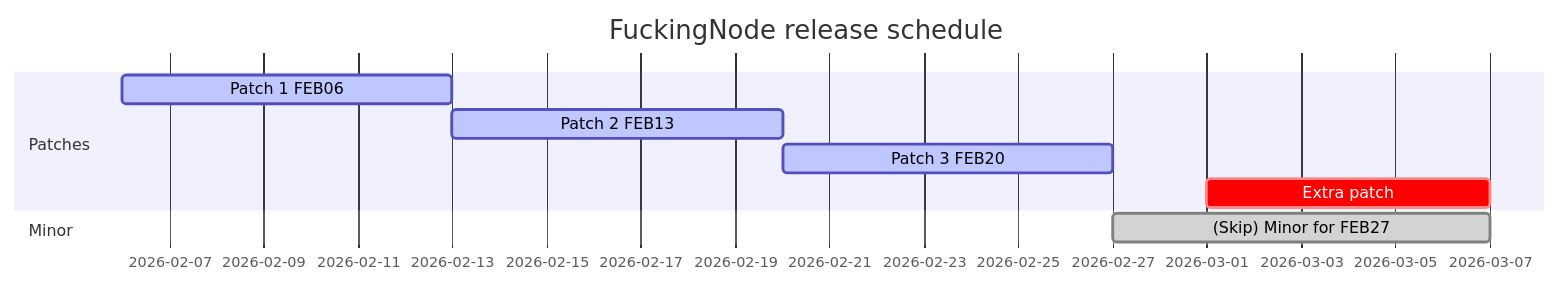
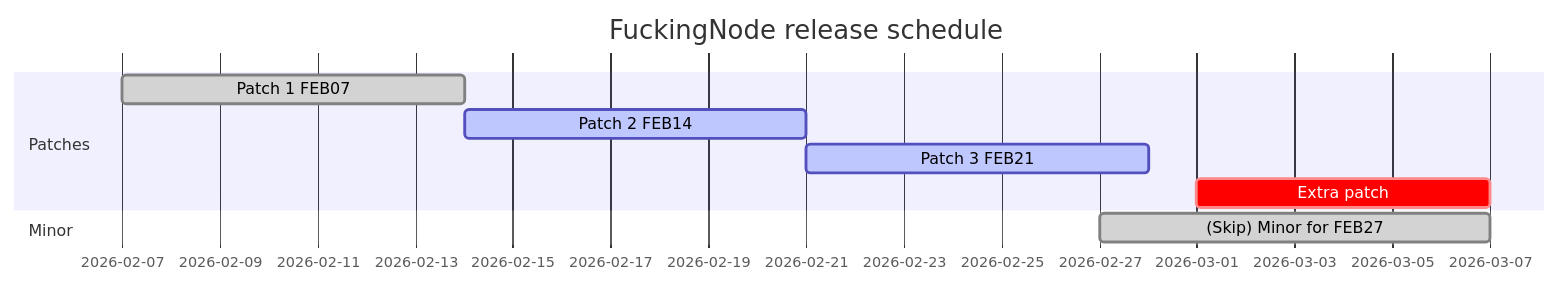
One commit to FuckingNode/FuckingNode changed the diagram in RELEASE_SCHEDULE.md. Above: the diagram before and after it, drawn with Mermaid. The commit also changed 2 other files, not shown here.

Commit message:
Release 5.2.3

````diff
--- a/RELEASE_SCHEDULE.md
+++ b/RELEASE_SCHEDULE.md
@@ -34,12 +34,12 @@
 ```mermaid
 gantt
     title FuckingNode release schedule
     dateFormat  DD-MM-YYYY
     section Patches
-    Patch 1 FEB06 :active, 06-02-2026, 7d
-    Patch 2 FEB13 :active, 13-02-2026, 7d
-    Patch 3 FEB20 :active, 20-02-2026, 7d
+    Patch 1 FEB07 :done, 07-02-2026, 7d
+    Patch 2 FEB14 :active, 14-02-2026, 7d
+    Patch 3 FEB21 :active, 21-02-2026, 7d
     Extra patch :crit, 01-03-2026, 6d
     section Minor
     (Skip) Minor for FEB27 :done, 27-02-2026, 8d
 ```
````
